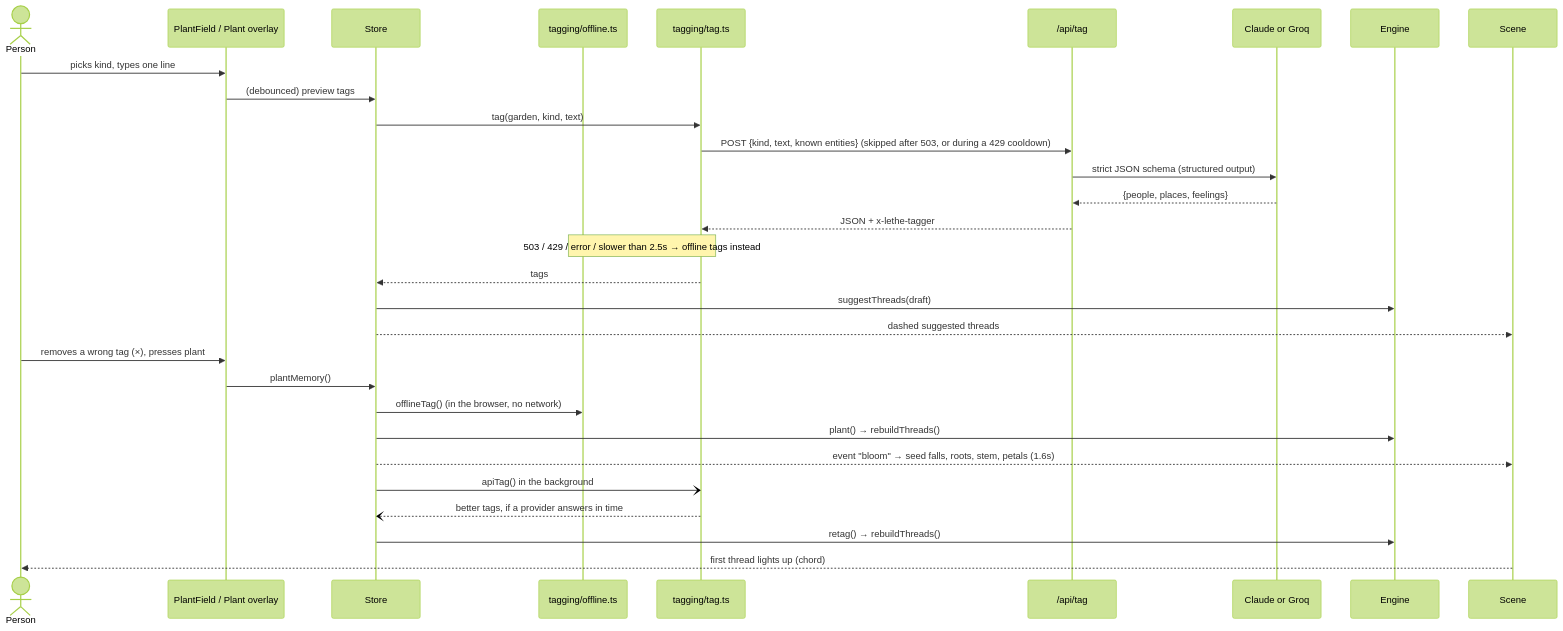
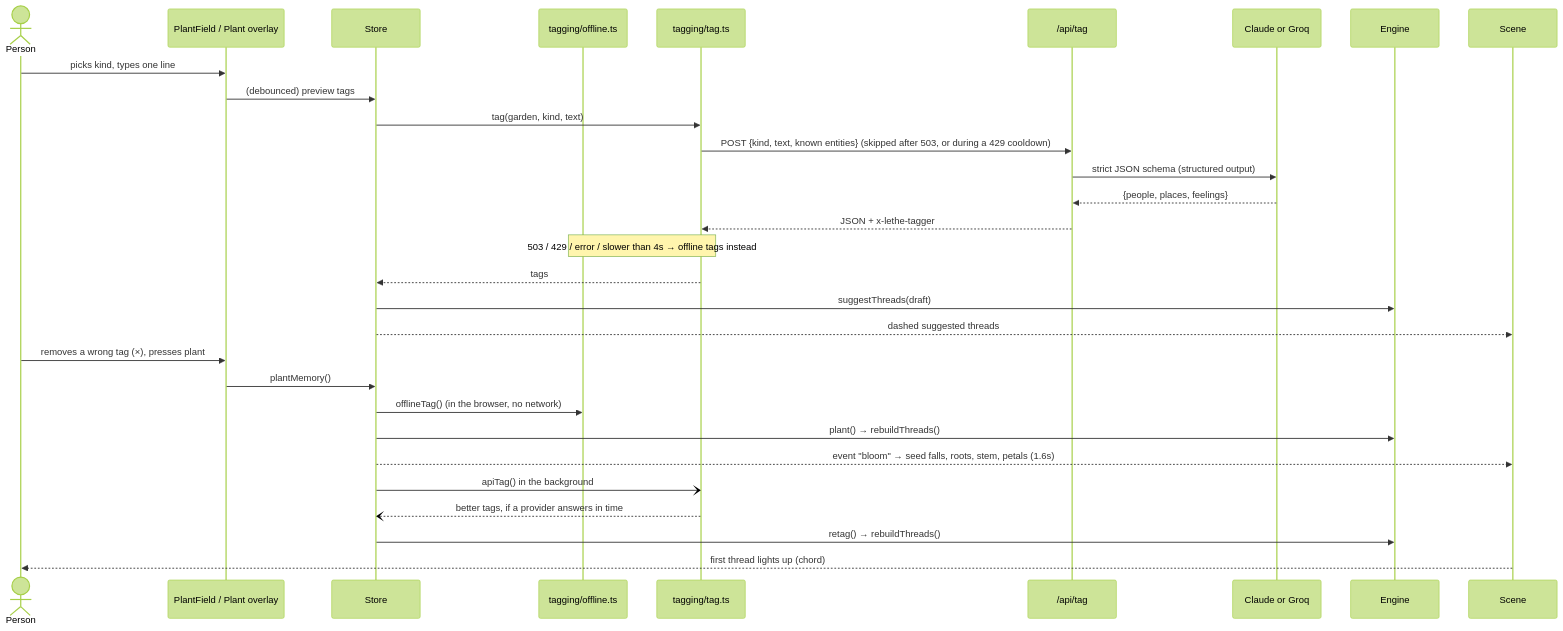
One commit to InfectedDuck/Lethe changed the sixth of 9 diagrams in docs/architecture.md. Above: the diagram before and after it, drawn with Mermaid (forest theme). The commit also changed 6 other files, not shown here.

````diff
--- a/docs/architecture.md
+++ b/docs/architecture.md
@@ -142,32 +142,32 @@
 ```mermaid
 sequenceDiagram
   actor P as Person
   participant UI as PlantField / Plant overlay
   participant S as Store
   participant O as tagging/offline.ts
   participant T as tagging/tag.ts
   participant F as /api/tag
   participant C as Claude or Groq
   participant E as Engine
   participant G as Scene
   P->>UI: picks kind, types one line
   UI->>S: (debounced) preview tags
   S->>T: tag(garden, kind, text)
   T->>F: POST {kind, text, known entities} (skipped after 503, or during a 429 cooldown)
   F->>C: strict JSON schema (structured output)
   C-->>F: {people, places, feelings}
   F-->>T: JSON + x-lethe-tagger
-  Note over T,O: 503 / 429 / error / slower than 2.5s → offline tags instead
+  Note over T,O: 503 / 429 / error / slower than 4s → offline tags instead
   T-->>S: tags
   S->>E: suggestThreads(draft)
   S-->>G: dashed suggested threads
   P->>UI: removes a wrong tag (×), presses plant
   UI->>S: plantMemory()
   S->>O: offlineTag() (in the browser, no network)
   S->>E: plant() → rebuildThreads()
   S-->>G: event "bloom" → seed falls, roots, stem, petals (1.6s)
   S-)T: apiTag() in the background
   T--)S: better tags, if a provider answers in time
   S->>E: retag() → rebuildThreads()
   G-->>P: first thread lights up (chord)
 ```
````
